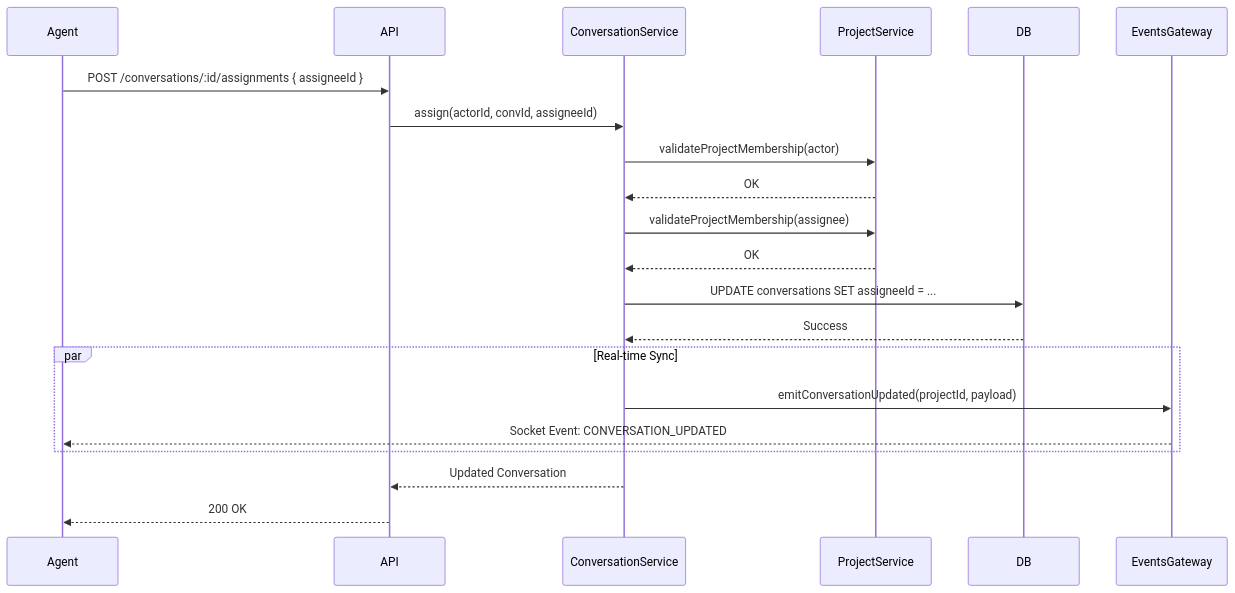
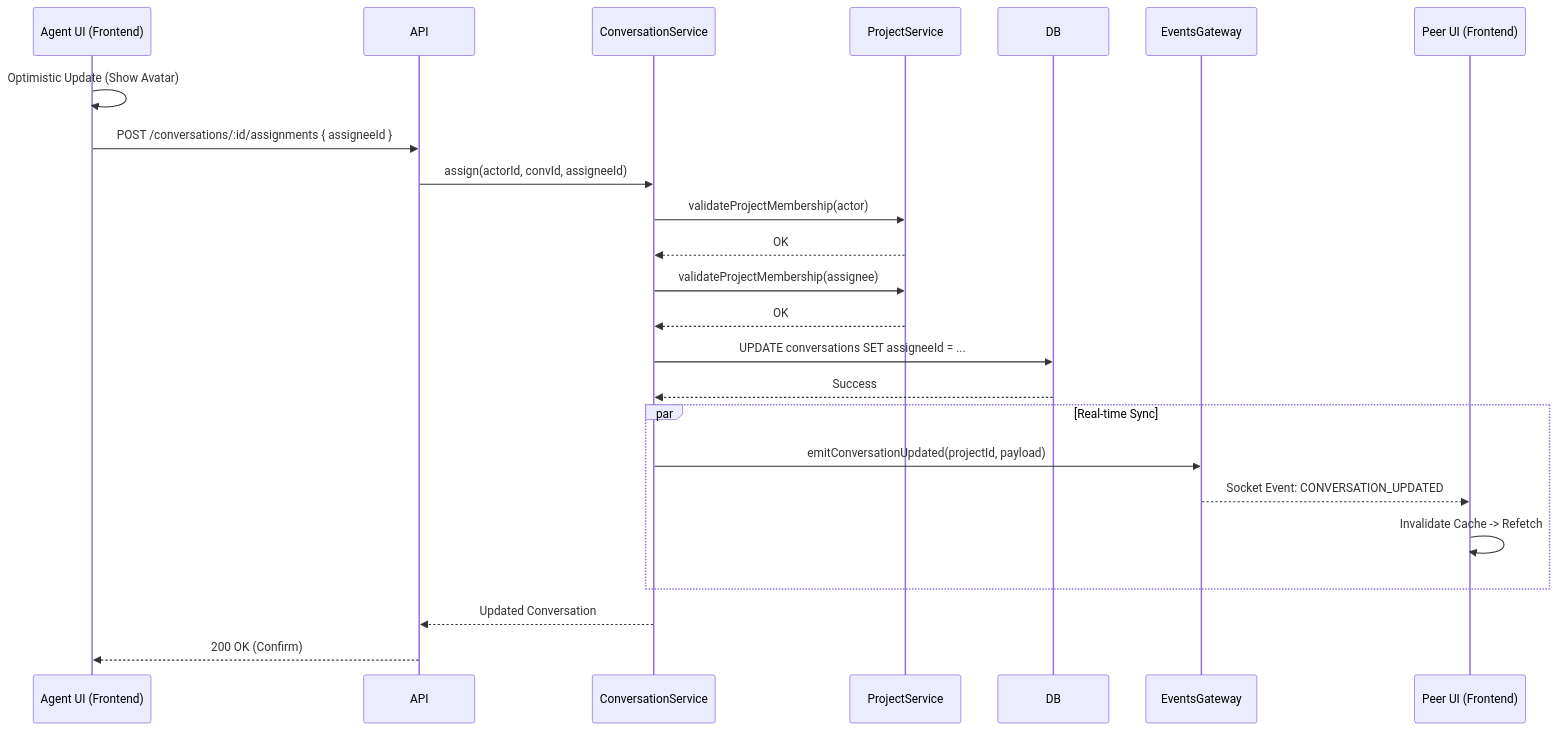
Before and after one commit to Hoang604/live_chat_app: the diagram in docs/conversation_assignment/architecture.md, drawn with Mermaid. The commit also changed other lines of this file and 15 other files, not shown here.

First line of the commit message:
feat(conversation_assignment): Add frontend UI for assignment

````diff
--- a/docs/conversation_assignment/architecture.md
+++ b/docs/conversation_assignment/architecture.md
@@ -5,29 +5,33 @@
 ```mermaid
 sequenceDiagram
-    participant Agent
+    participant AgentUI as Agent UI (Frontend)
     participant API
     participant ConversationService
     participant ProjectService
     participant DB
     participant EventsGateway
+    participant PeerUI as Peer UI (Frontend)
 
-    Agent->>API: POST /conversations/:id/assignments { assigneeId }
+    AgentUI->>AgentUI: Optimistic Update (Show Avatar)
+    AgentUI->>API: POST /conversations/:id/assignments { assigneeId }
+    
     API->>ConversationService: assign(actorId, convId, assigneeId)
     
     ConversationService->>ProjectService: validateProjectMembership(actor)
     ProjectService-->>ConversationService: OK
     
     ConversationService->>ProjectService: validateProjectMembership(assignee)
     ProjectService-->>ConversationService: OK
     
     ConversationService->>DB: UPDATE conversations SET assigneeId = ...
     DB-->>ConversationService: Success
     
     par Real-time Sync
         ConversationService->>EventsGateway: emitConversationUpdated(projectId, payload)
-        EventsGateway-->>Agent: Socket Event: CONVERSATION_UPDATED
+        EventsGateway-->>PeerUI: Socket Event: CONVERSATION_UPDATED
+        PeerUI->>PeerUI: Invalidate Cache -> Refetch
     end
     
     ConversationService-->>API: Updated Conversation
-    API-->>Agent: 200 OK
+    API-->>AgentUI: 200 OK (Confirm)
 ```
````
